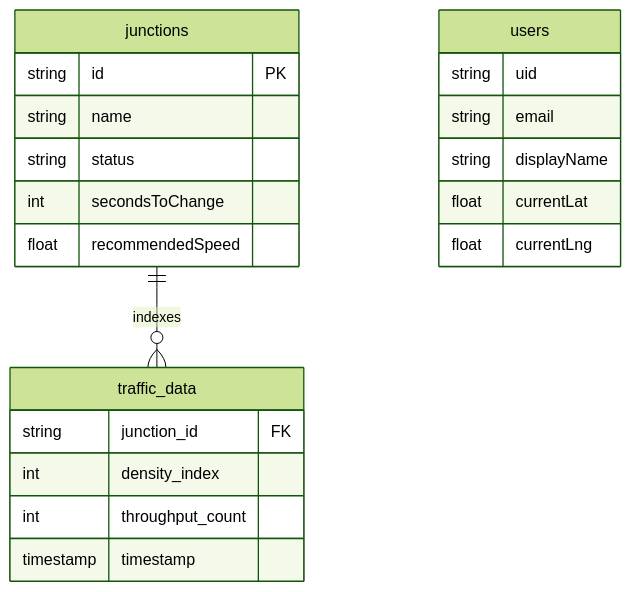
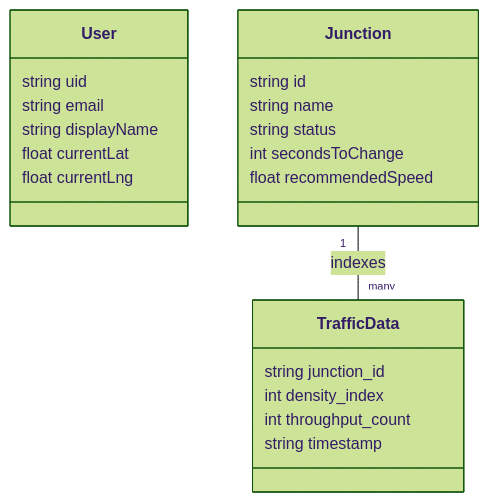
The third of 3 diagrams in README.md (ashishh-tech/GLOSA-BHARAT), drawn with Mermaid (forest theme) before and after one commit. The commit also changed other lines of this file, not shown here.

Commit message:
Fixed Database Schema Visibility: Switched to classDiagram Syntax

````diff
--- a/README.md
+++ b/README.md
@@ -104,24 +92,24 @@
 ```mermaid
-erDiagram
-    junctions ||--o{ traffic_data : indexes
-    users {
+classDiagram
+    class User {
         string uid
         string email
         string displayName
         float currentLat
         float currentLng
     }
-    junctions {
-        string id PK
+    class Junction {
+        string id
         string name
         string status
         int secondsToChange
         float recommendedSpeed
     }
-    traffic_data {
-        string junction_id FK
+    class TrafficData {
+        string junction_id
         int density_index
         int throughput_count
-        timestamp timestamp
+        string timestamp
     }
+    Junction "1" -- "many" TrafficData : indexes
 ```
````
